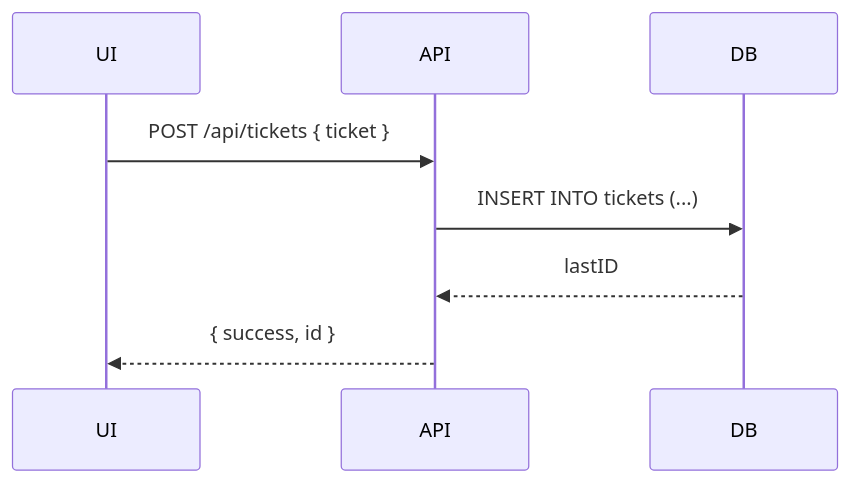
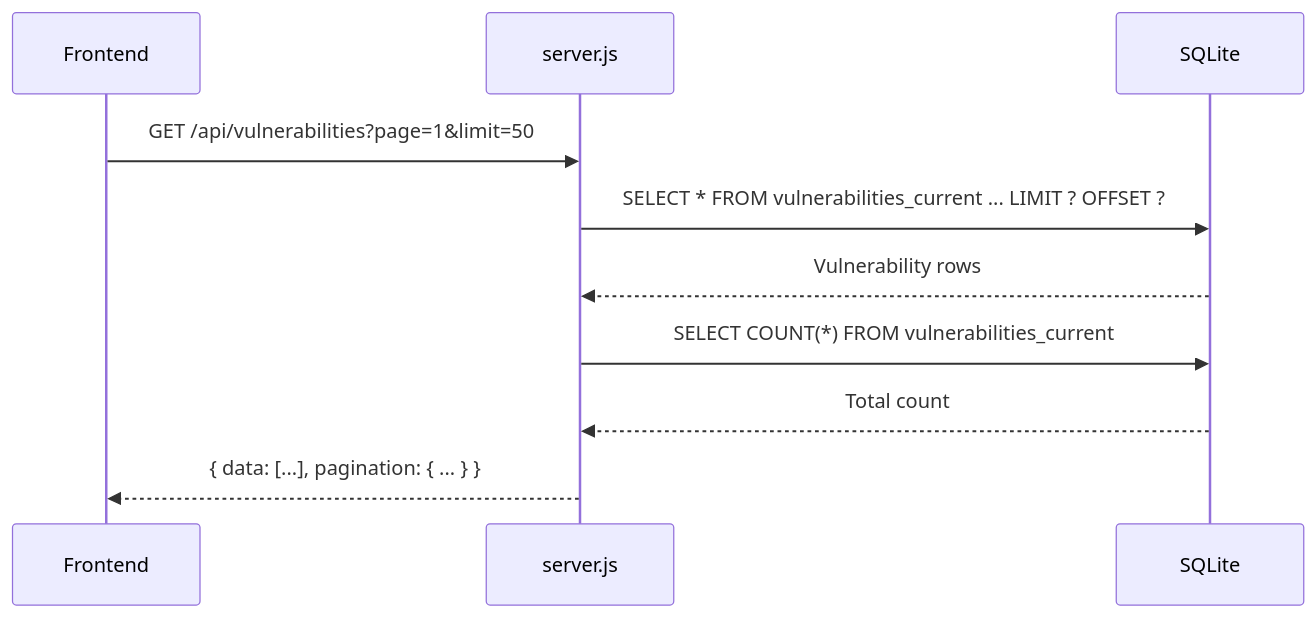
The second of 2 diagrams in docs-source/architecture/backend.md (Lonnie-Bruton/HexTrackr), drawn with Mermaid before and after one commit. The commit also changed other lines of this file and 62 other files, not shown here.

````diff
--- a/docs-source/architecture/backend.md
+++ b/docs-source/architecture/backend.md
@@ -94,10 +75,13 @@
 ```mermaid
 sequenceDiagram
-    participant UI
-    participant API
-    participant DB
-    UI->>API: POST /api/tickets { ticket }
-    API->>DB: INSERT INTO tickets (...)
-    DB-->>API: lastID
-    API-->>UI: { success, id }
+    participant UI as Frontend
+    participant API as server.js
+    participant DB as SQLite
+
+    UI->>API: GET /api/vulnerabilities?page=1&limit=50
+    API->>DB: SELECT * FROM vulnerabilities_current ... LIMIT ? OFFSET ?
+    DB-->>API: Vulnerability rows
+    API->>DB: SELECT COUNT(*) FROM vulnerabilities_current
+    DB-->>API: Total count
+    API-->>UI: { data: [...], pagination: { ... } }
 ```
````
